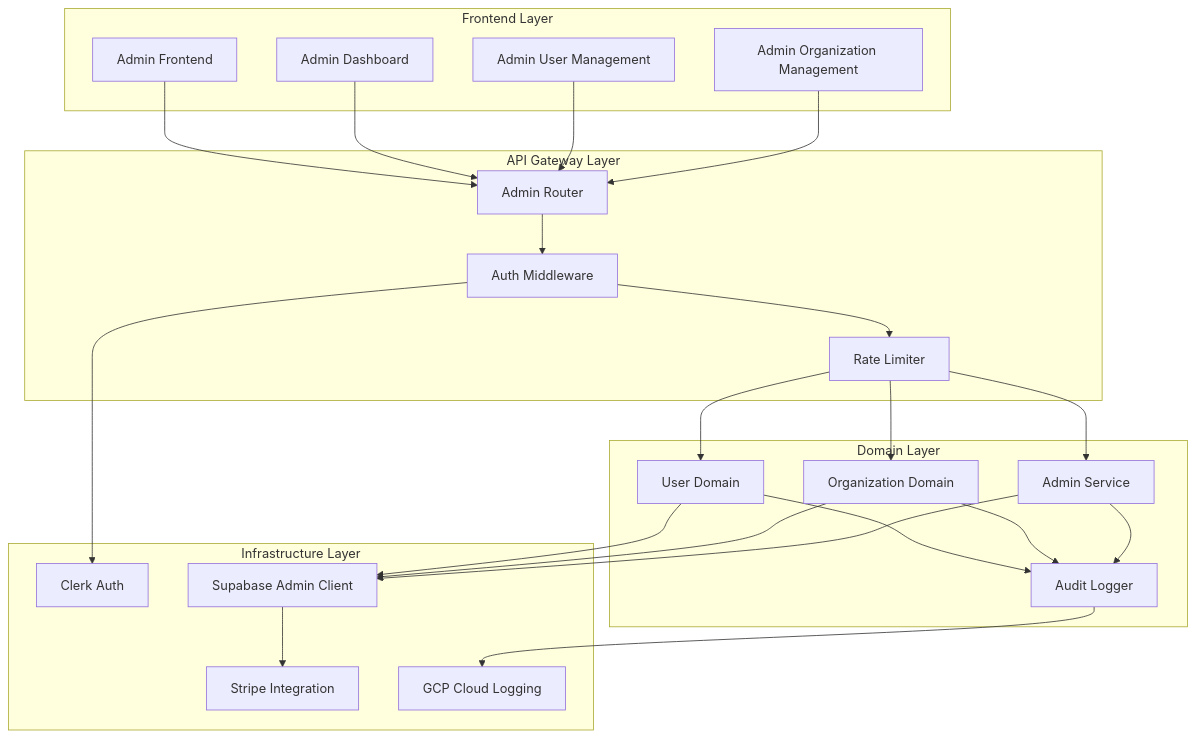
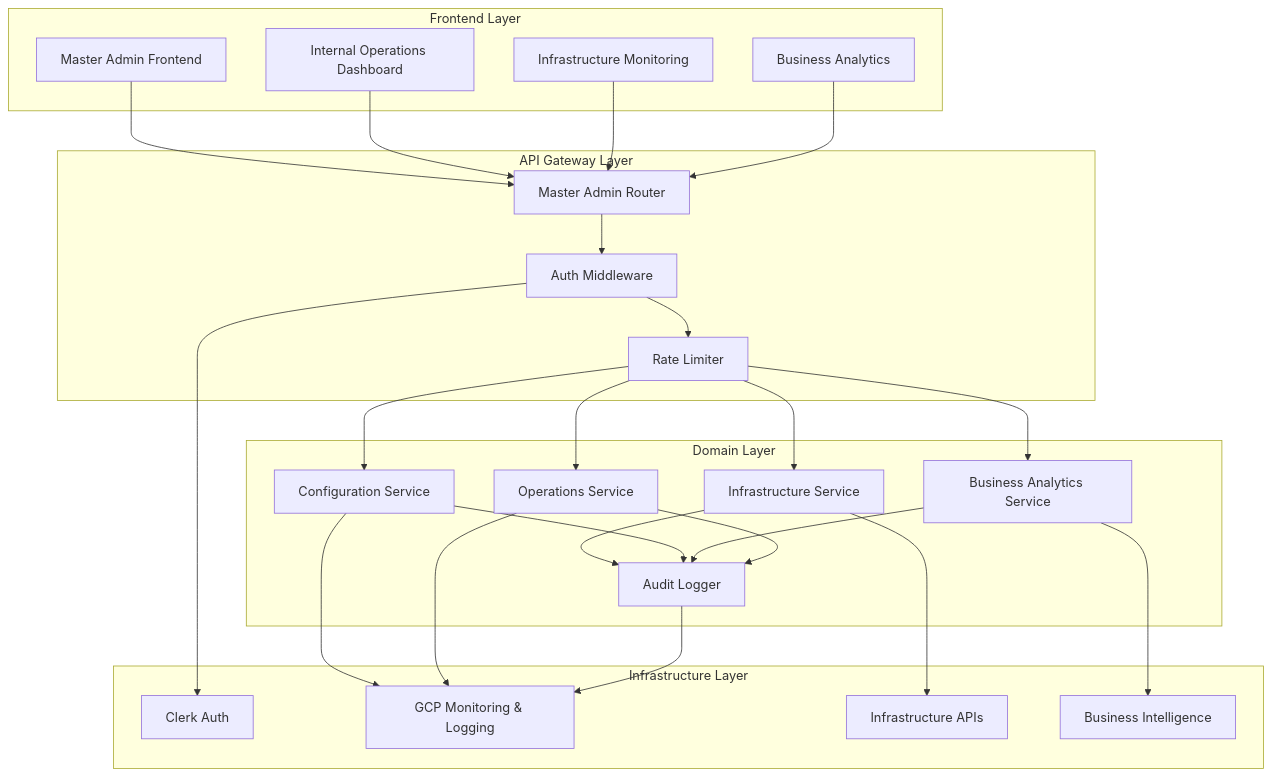
One commit to shintairiku/marketing-automation changed the first of 2 diagrams in .kiro/specs/admin-auth-dashboard/design.md. Above: the diagram before and after it, drawn with Mermaid. The commit also changed other lines of this file and 2 other files, not shown here.

Commit message:
docs(kiro): shift focus to service provider internal operations from customer/enterprise admin management.

````diff
--- a/.kiro/specs/admin-auth-dashboard/design.md
+++ b/.kiro/specs/admin-auth-dashboard/design.md
@@ -13,52 +13,54 @@
 ```mermaid
 graph TB
     subgraph "Frontend Layer"
-        AF[Admin Frontend]
-        AD[Admin Dashboard]
-        AU[Admin User Management]
-        AO[Admin Organization Management]
+        MAF[Master Admin Frontend]
+        IOD[Internal Operations Dashboard]
+        IM[Infrastructure Monitoring]
+        BA[Business Analytics]
     end
     
     subgraph "API Gateway Layer"
-        AR[Admin Router]
+        MAR[Master Admin Router]
         AM[Auth Middleware]
         RL[Rate Limiter]
     end
     
     subgraph "Domain Layer"
-        UD[User Domain]
-        OD[Organization Domain]
-        AD_SERVICE[Admin Service]
+        IS[Infrastructure Service]
+        CS[Configuration Service]
+        BAS[Business Analytics Service]
+        OS[Operations Service]
         AL[Audit Logger]
     end
     
     subgraph "Infrastructure Layer"
         CA[Clerk Auth]
-        SB[Supabase Admin Client]
-        ST[Stripe Integration]
-        GCP[GCP Cloud Logging]
+        GCP[GCP Monitoring & Logging]
+        INFRA[Infrastructure APIs]
+        BI[Business Intelligence]
     end
     
-    AF --> AR
-    AD --> AR
-    AU --> AR
-    AO --> AR
+    MAF --> MAR
+    IOD --> MAR
+    IM --> MAR
+    BA --> MAR
     
-    AR --> AM
+    MAR --> AM
     AM --> RL
-    RL --> UD
-    RL --> OD
-    RL --> AD_SERVICE
+    RL --> IS
+    RL --> CS
+    RL --> BAS
+    RL --> OS
     
-    UD --> SB
-    OD --> SB
-    AD_SERVICE --> SB
+    IS --> INFRA
+    CS --> GCP
+    BAS --> BI
+    OS --> GCP
     
     AM --> CA
     AL --> GCP
-    UD --> AL
-    OD --> AL
-    AD_SERVICE --> AL
-    
-    SB --> ST
+    IS --> AL
+    CS --> AL
+    BAS --> AL
+    OS --> AL
 ```
````
